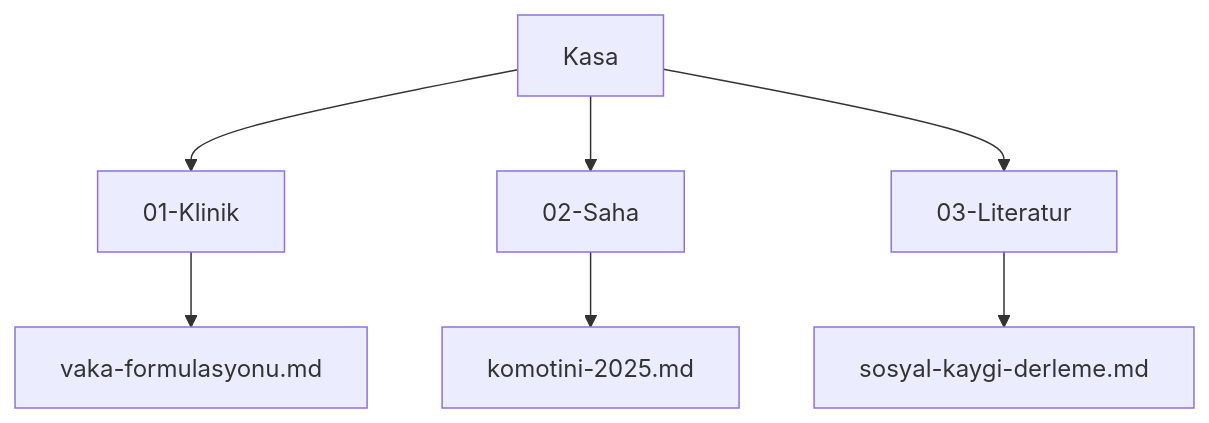
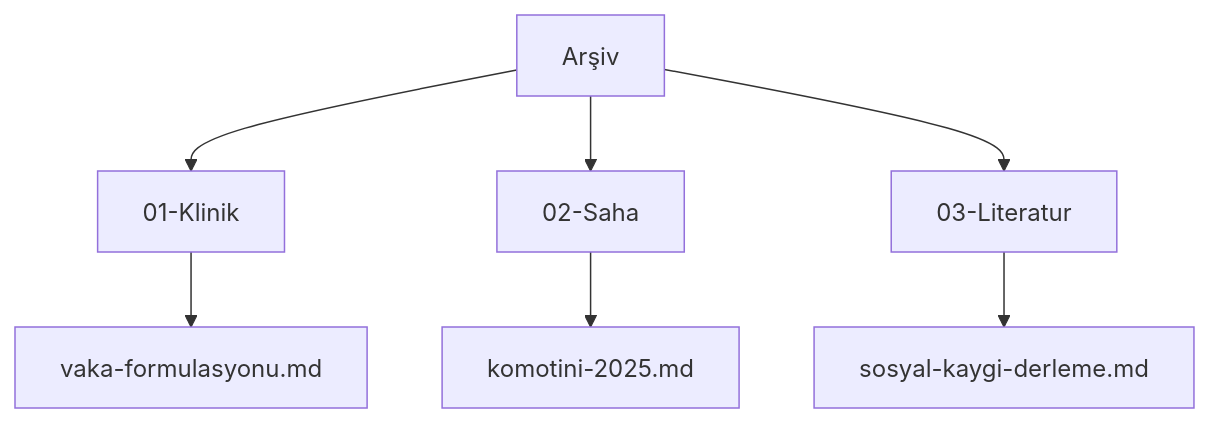
One commit to TheGoatPsy/claude-code-for-social-scientists changed the first of 3 diagrams in booklets/004-vault-architecture/004-01-0001/tr.md. Above: the diagram before and after it, drawn with Mermaid. The commit also changed other lines of this file and 37 other files, not shown here.

````diff
--- a/booklets/004-vault-architecture/004-01-0001/tr.md
+++ b/booklets/004-vault-architecture/004-01-0001/tr.md
@@ -54,9 +54,9 @@
 ```mermaid
 flowchart TD
-  V[Kasa] --> K1[01-Klinik]
+  V[Arşiv] --> K1[01-Klinik]
   V --> K2[02-Saha]
   V --> K3[03-Literatur]
   K1 --> N1[vaka-formulasyonu.md]
   K2 --> N2[komotini-2025.md]
   K3 --> N3[sosyal-kaygi-derleme.md]
 ```
````
